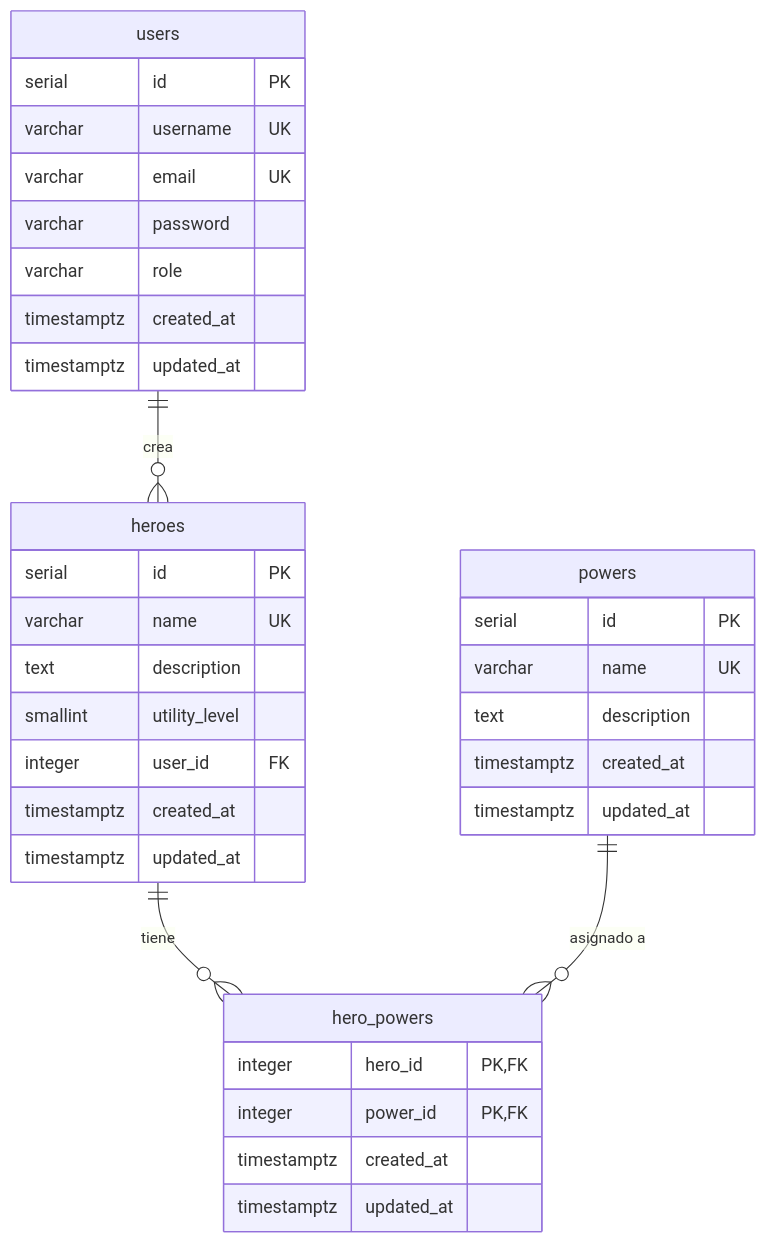
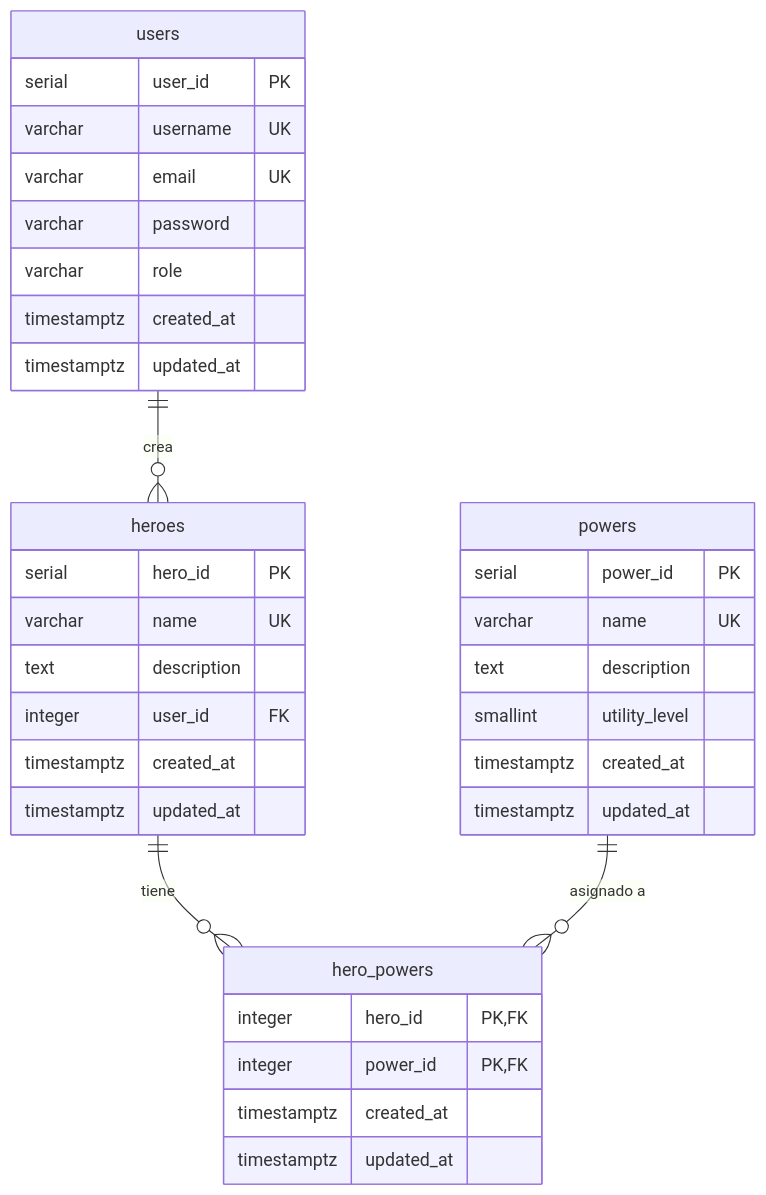
One commit to LdMe/backend_superheroes_segunda changed the fourth of 7 diagrams in docs/memoria.md. Above: the diagram before and after it, drawn with Mermaid. The commit also changed other lines of this file and 19 other files, not shown here.

````diff
--- a/docs/memoria.md
+++ b/docs/memoria.md
@@ -286,38 +316,38 @@
 ```mermaid
 erDiagram
     users ||--o{ heroes : "crea"
     heroes ||--o{ hero_powers : "tiene"
     powers ||--o{ hero_powers : "asignado a"
 
     users {
-        serial id PK
+        serial user_id PK
         varchar username UK
         varchar email UK
         varchar password
         varchar role
         timestamptz created_at
         timestamptz updated_at
     }
     heroes {
-        serial id PK
+        serial hero_id PK
         varchar name UK
         text description
-        smallint utility_level
         integer user_id FK
         timestamptz created_at
         timestamptz updated_at
     }
     powers {
-        serial id PK
+        serial power_id PK
         varchar name UK
         text description
+        smallint utility_level
         timestamptz created_at
         timestamptz updated_at
     }
     hero_powers {
         integer hero_id PK, FK
         integer power_id PK, FK
         timestamptz created_at
         timestamptz updated_at
     }
 ```
````
